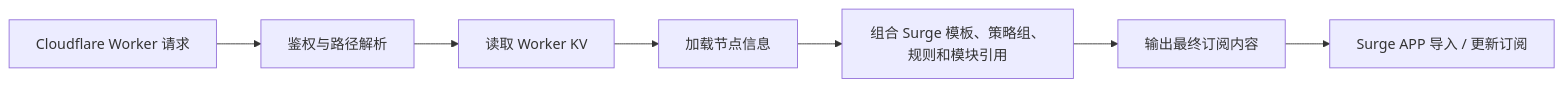
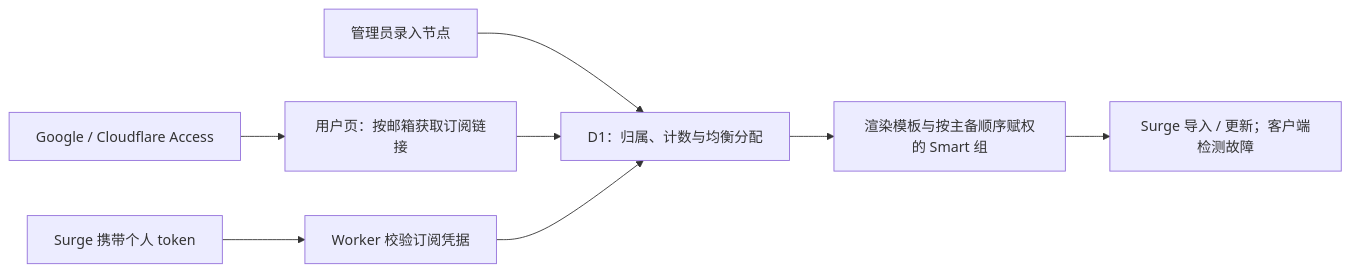
Before and after one commit to jarieshan/AtlasRouter: the diagram in README.md, drawn with Mermaid. The commit also changed other lines of this file and 74 other files, not shown here.

````diff
--- a/README.md
+++ b/README.md
@@ -32,9 +35,10 @@
 ```mermaid
 flowchart LR
-  A["Cloudflare Worker 请求"] --> B["鉴权与路径解析"]
-  B --> C["读取 Worker KV"]
-  C --> D["加载节点信息"]
-  D --> E["组合 Surge 模板、策略组、规则和模块引用"]
-  E --> F["输出最终订阅内容"]
-  F --> G["Surge APP 导入 / 更新订阅"]
+  A["Google / Cloudflare Access"] --> B["用户页：按邮箱获取订阅链接"]
+  C["管理员录入节点"] --> D["D1：归属、计数与均衡分配"]
+  B --> D
+  E["Surge 携带个人 token"] --> F["Worker 校验订阅凭据"]
+  F --> D
+  D --> G["渲染模板与按主备顺序赋权的 Smart 组"]
+  G --> H["Surge 导入 / 更新；客户端检测故障"]
 ```
````
